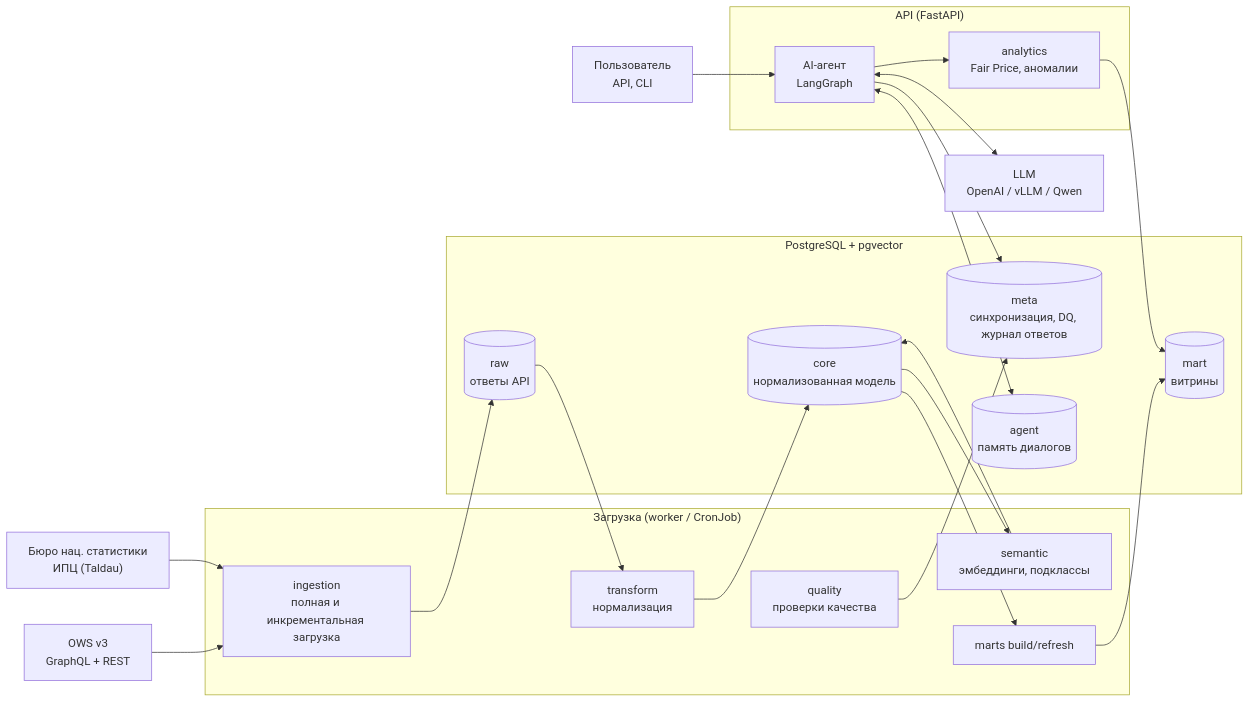
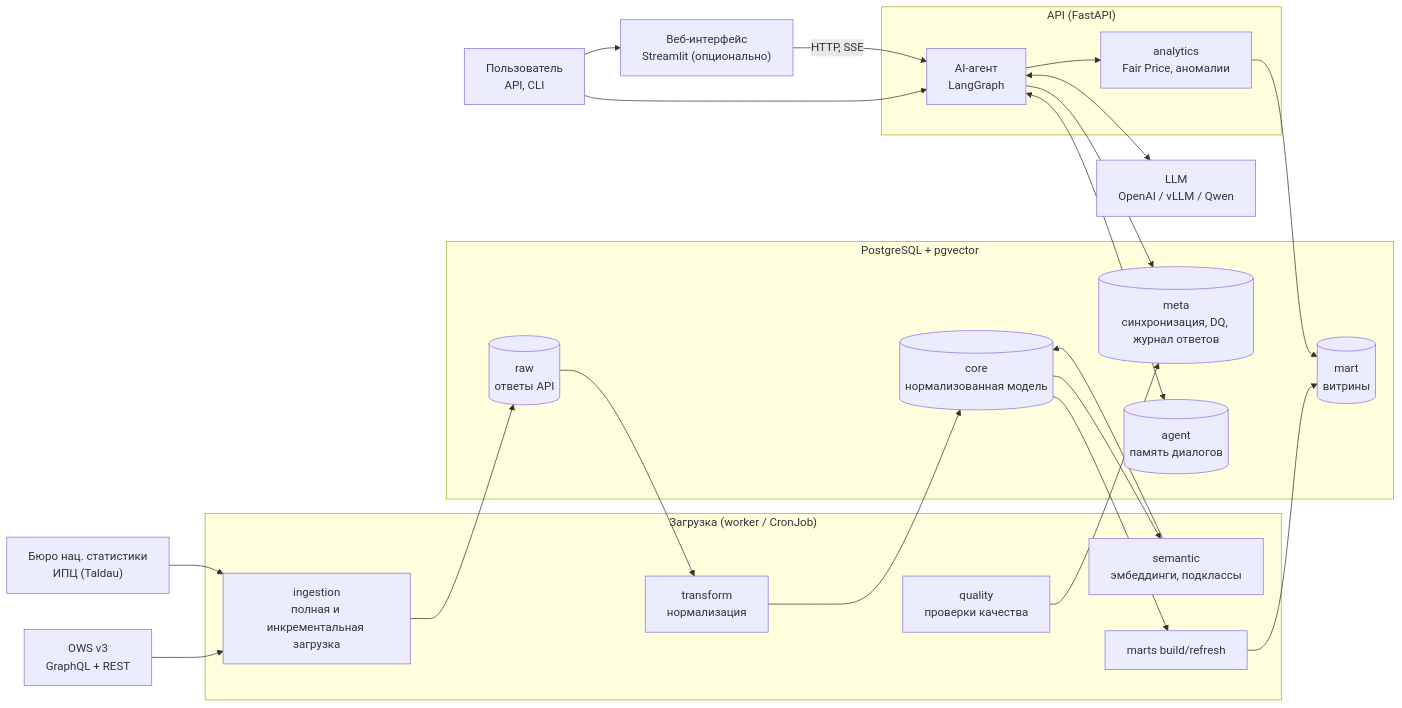
The first of 3 diagrams in docs/architecture.md (Saur9315/goszakup_ai), drawn with Mermaid before and after one commit. The commit also changed other lines of this file and 27 other files, not shown here.

````diff
--- a/docs/architecture.md
+++ b/docs/architecture.md
@@ -9,40 +9,42 @@
 ```mermaid
 flowchart LR
     OWS["OWS v3<br/>GraphQL + REST"]
     STAT["Бюро нац. статистики<br/>ИПЦ (Taldau)"]
 
     subgraph worker["Загрузка (worker / CronJob)"]
         ING["ingestion<br/>полная и инкрементальная загрузка"]
         TR["transform<br/>нормализация"]
         SEM["semantic<br/>эмбеддинги, подклассы"]
         MB["marts build/refresh"]
         DQ["quality<br/>проверки качества"]
     end
 
     subgraph pg["PostgreSQL + pgvector"]
         RAW[("raw<br/>ответы API")]
         CORE[("core<br/>нормализованная модель")]
         MART[("mart<br/>витрины")]
         META[("meta<br/>синхронизация, DQ, журнал ответов")]
         AG[("agent<br/>память диалогов")]
     end
 
     subgraph api["API (FastAPI)"]
         AGENT["AI-агент<br/>LangGraph"]
         AN["analytics<br/>Fair Price, аномалии"]
     end
 
     LLM["LLM<br/>OpenAI / vLLM / Qwen"]
     USER["Пользователь<br/>API, CLI"]
+    UI["Веб-интерфейс<br/>Streamlit (опционально)"]
 
     OWS --> ING
     STAT --> ING
     ING --> RAW --> TR --> CORE --> MB --> MART
     CORE --> SEM --> CORE
     DQ --> META
     USER --> AGENT
+    USER --> UI -->|HTTP, SSE| AGENT
     AGENT --> AN --> MART
     AGENT <--> LLM
     AGENT --> META
     AGENT <--> AG
 ```
````
